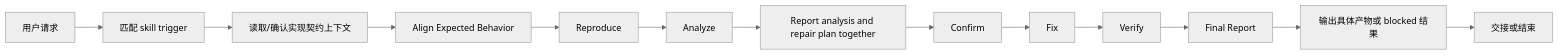
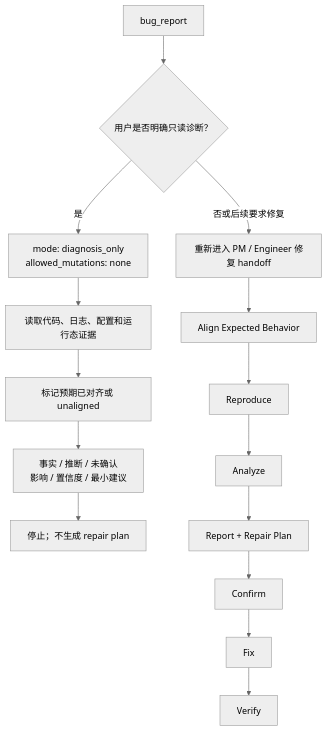
One commit to Neplich/dev-agent-skills changed the diagram in docs/pm/agents/engineer-agent/skills/debugger/PRD.md. Above: the diagram before and after it, drawn with Mermaid (neutral theme). The commit also changed other lines of this file and 69 other files, not shown here.

````diff
--- a/docs/pm/agents/engineer-agent/skills/debugger/PRD.md
+++ b/docs/pm/agents/engineer-agent/skills/debugger/PRD.md
@@ -112,15 +146,17 @@
 ```mermaid
-flowchart LR
-    Request["用户请求"] --> Match["匹配 skill trigger"]
-    Match --> Context["读取/确认实现契约上下文"]
-    Context --> Step1["Align Expected Behavior"]
-    Step1 --> Step2["Reproduce"]
-    Step2 --> Step3["Analyze"]
-    Step3 --> Step4["Report analysis and repair plan together"]
-    Step4 --> Step5["Confirm"]
-    Step5 --> Step6["Fix"]
-    Step6 --> Step7["Verify"]
-    Step7 --> Step8["Final Report"]
-    Step8 --> Artifact["输出具体产物或 blocked 结果"]
-    Artifact --> Handoff["交接或结束"]
+flowchart TD
+    Request["bug_report"] --> Intent{"用户是否明确只读诊断？"}
+    Intent -->|是| ReadOnly["mode: diagnosis_only<br/>allowed_mutations: none"]
+    ReadOnly --> Evidence["读取代码、日志、配置和运行态证据"]
+    Evidence --> Alignment["标记预期已对齐或 unaligned"]
+    Alignment --> Report["事实 / 推断 / 未确认<br/>影响 / 置信度 / 最小建议"]
+    Report --> Stop["停止；不生成 repair plan"]
+    Intent -->|否或后续要求修复| RepairGate["重新进入 PM / Engineer 修复 handoff"]
+    RepairGate --> Expected["Align Expected Behavior"]
+    Expected --> Reproduce["Reproduce"]
+    Reproduce --> Analyze["Analyze"]
+    Analyze --> Plan["Report + Repair Plan"]
+    Plan --> Confirm["Confirm"]
+    Confirm --> Fix["Fix"]
+    Fix --> Verify["Verify"]
 ```
````
